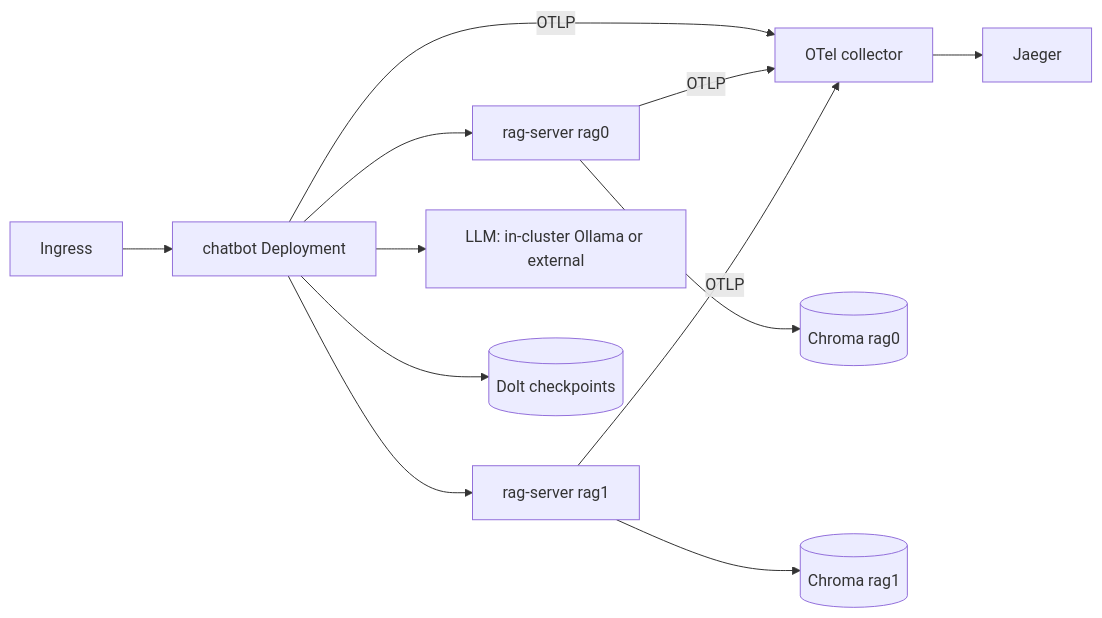
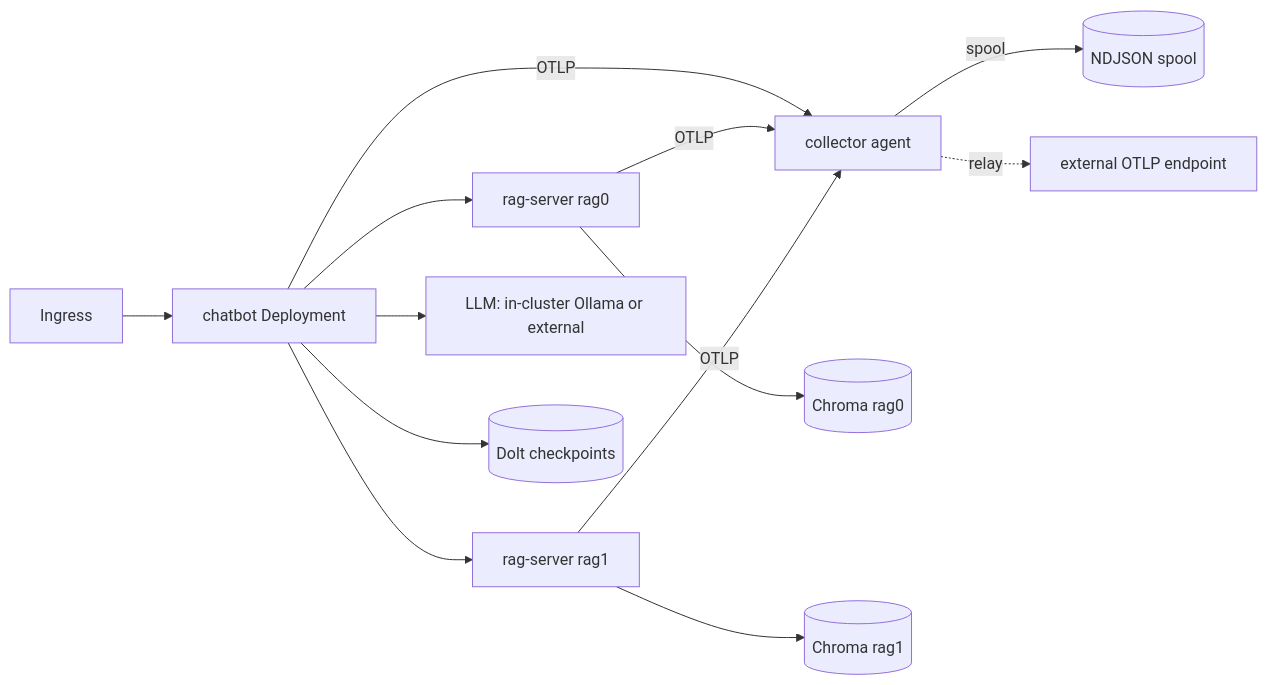
One commit to Acharya320/declarative-agents changed the diagram in applications/chatbot-mesh/helm/README.md. Above: the diagram before and after it, drawn with Mermaid. The commit also changed other lines of this file and 37 other files, not shown here.

````diff
--- a/applications/chatbot-mesh/helm/README.md
+++ b/applications/chatbot-mesh/helm/README.md
@@ -11,14 +11,15 @@
 ```mermaid
 flowchart LR
   ingress[Ingress] --> chatbot[chatbot Deployment]
-  chatbot -->|OTLP| collector[OTel collector]
-  collector --> jaeger[Jaeger]
+  chatbot -->|OTLP| collector[collector agent]
+  collector -->|spool| spool[(NDJSON spool)]
+  collector -.->|relay| external[external OTLP endpoint]
   chatbot --> rag0[rag-server rag0]
   chatbot --> rag1[rag-server rag1]
   rag0 --> chroma0[(Chroma rag0)]
   rag1 --> chroma1[(Chroma rag1)]
   chatbot --> llm[LLM: in-cluster Ollama or external]
   chatbot --> dolt[(Dolt checkpoints)]
   rag0 -->|OTLP| collector
   rag1 -->|OTLP| collector
 ```
````
